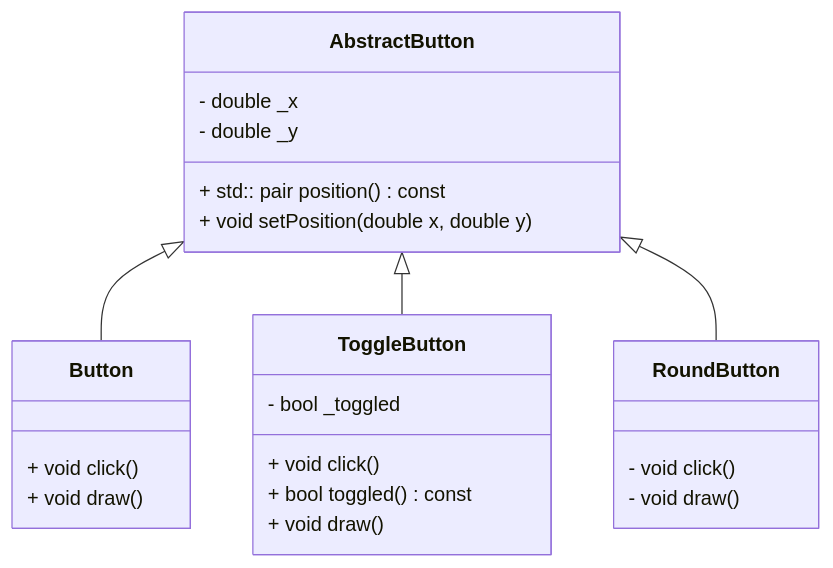
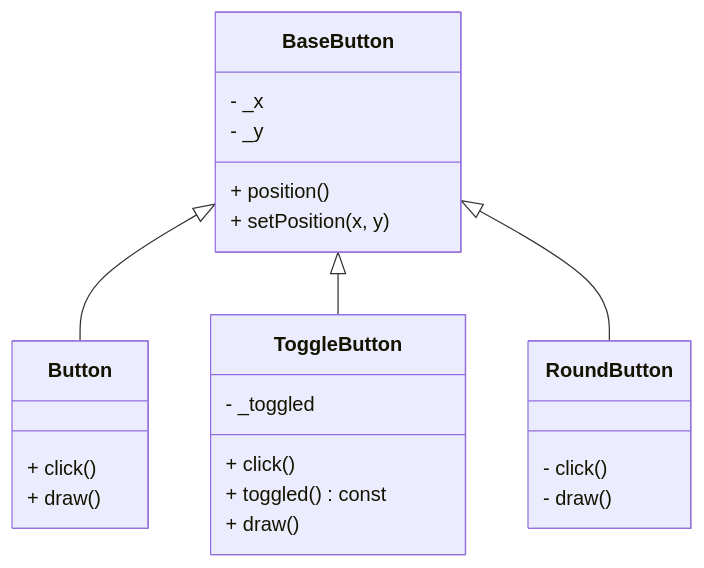
Before and after one commit to CPP-MINI/cpp-site: the first of 4 diagrams in content/wyk/w6/index.pl.md, drawn with Mermaid. The commit also changed other lines of this file and 4 other files, not shown here.

````diff
--- a/content/wyk/w6/index.pl.md
+++ b/content/wyk/w6/index.pl.md
@@ -185,30 +185,30 @@
 ```mermaid
 classDiagram
-    class AbstractButton {
-        - double _x
-        - double _y
-        + std:: pair<double, double> position() const
-        + void setPosition(double x, double y)
+    class BaseButton {
+        - _x
+        - _y
+        + position()
+        + setPosition(x, y)
     }
 
     class Button {
-        + void click()
-        + void draw()
+            + click()
+            + draw()
     }
 
     class ToggleButton {
-        - bool _toggled
-        + void click()
-        + bool toggled() const
-        + void draw()
+        - _toggled
+        + click()
+        + toggled() const
+        + draw()
     }
 
     class RoundButton {
-        - void click()
-        - void draw()
+        - click()
+        - draw()
     }
 
-    AbstractButton <|-- Button
-    AbstractButton <|-- ToggleButton
-    AbstractButton <|-- RoundButton
+    BaseButton <|-- Button
+    BaseButton <|-- ToggleButton
+    BaseButton <|-- RoundButton
 ```
````
